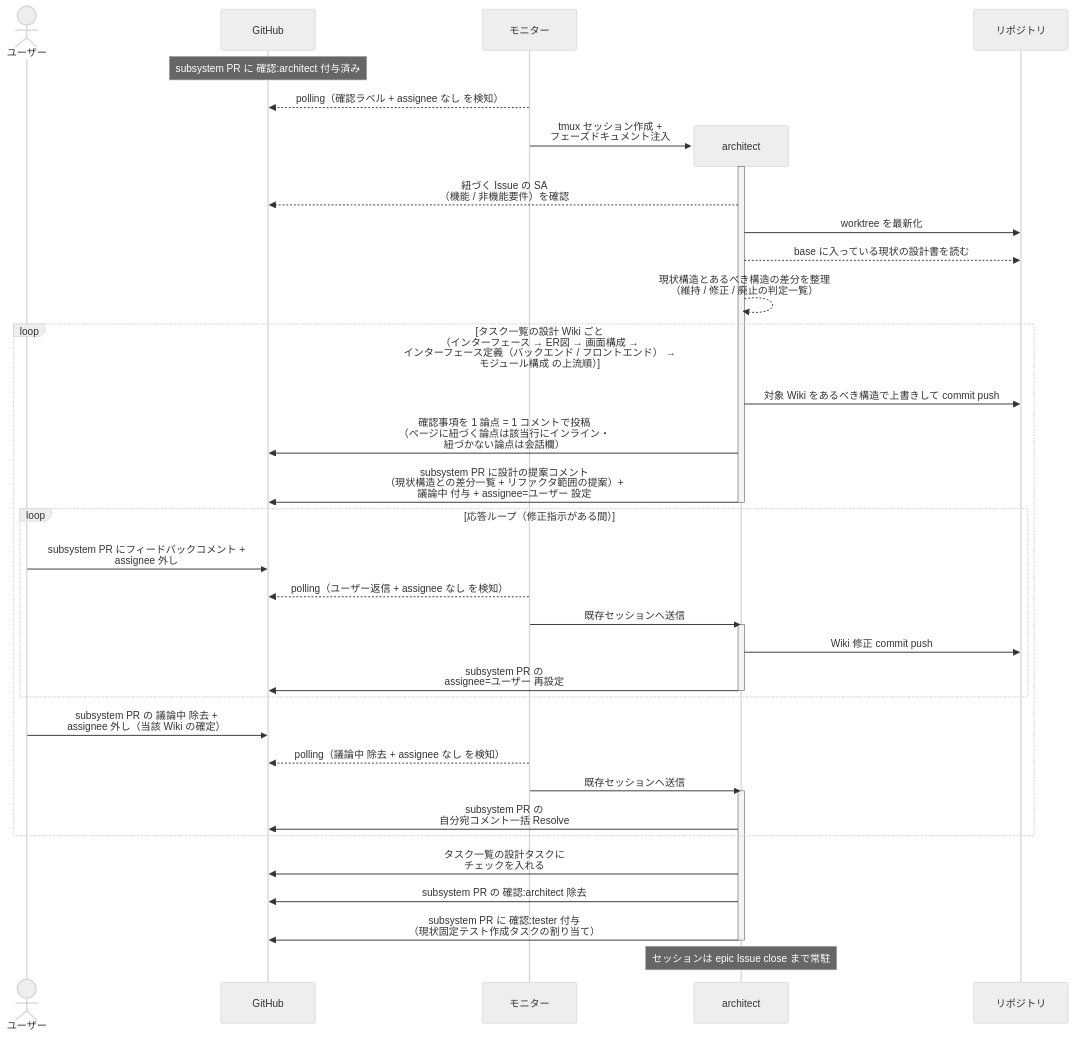
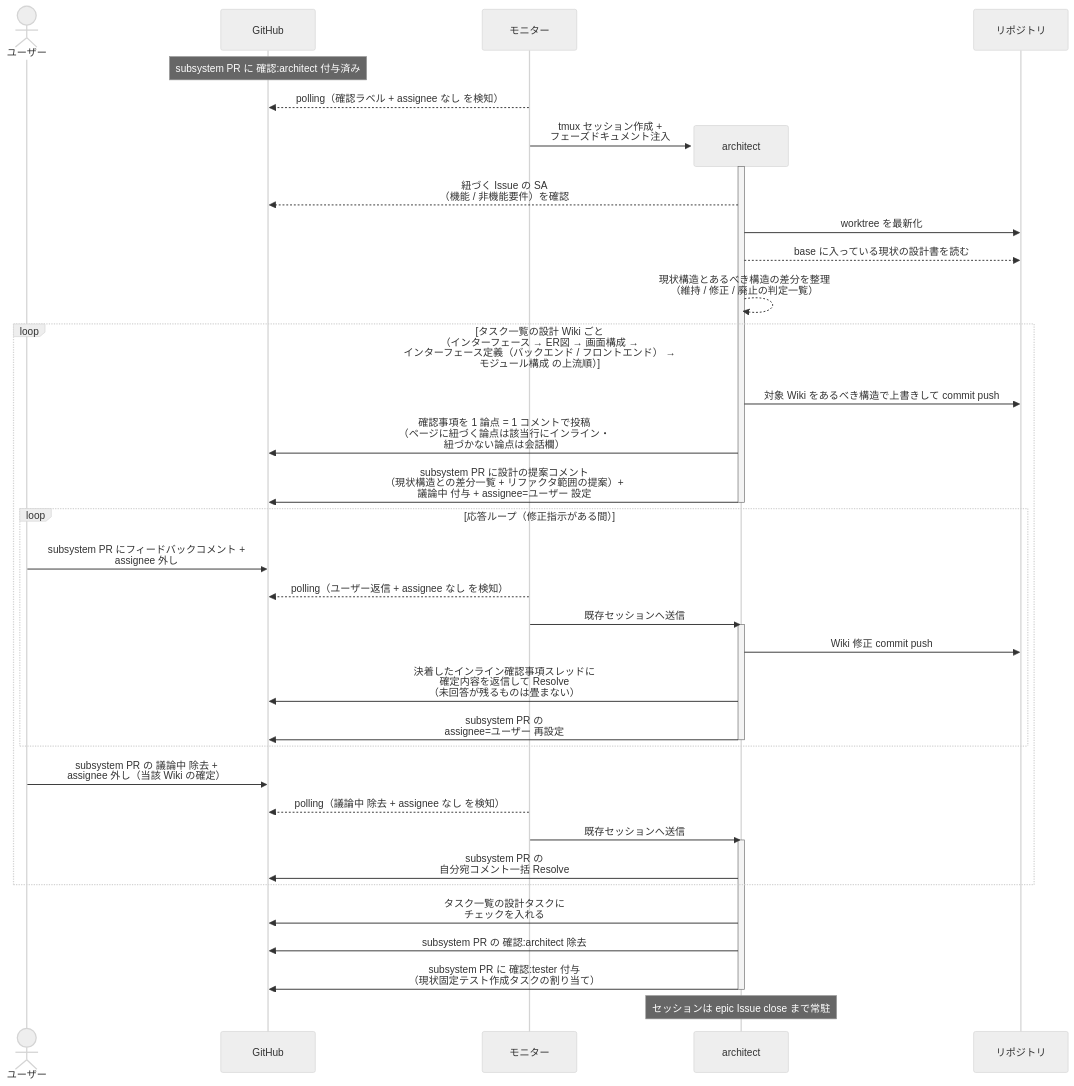
One commit to shuhei1101/ai-monitor changed the seventh of 7 diagrams in docs/wiki/設計図/シナリオ/単一ユースケース/SS設計.md. Above: the diagram before and after it, drawn with Mermaid (neutral theme). The commit also changed other lines of this file and 15 other files, not shown here.

````diff
--- a/docs/wiki/設計図/シナリオ/単一ユースケース/SS設計.md
+++ b/docs/wiki/設計図/シナリオ/単一ユースケース/SS設計.md
@@ -324,46 +327,47 @@
 ```mermaid
 sequenceDiagram
   actor U as ユーザー
   participant GH as GitHub
   participant ORC as モニター
 
   Note over GH: subsystem PR に 確認:architect 付与済み
   ORC-->>GH: polling（確認ラベル + assignee なし を検知）
   create participant MON as architect
   ORC->>MON: tmux セッション作成 +<br>フェーズドキュメント注入
   participant REPO as リポジトリ
   activate MON
   MON-->>GH: 紐づく Issue の SA<br>（機能 / 非機能要件）を確認
   MON->>REPO: worktree を最新化
   MON-->>REPO: base に入っている現状の設計書を読む
   MON-->>MON: 現状構造とあるべき構造の差分を整理<br>（維持 / 修正 / 廃止の判定一覧）
 
   loop タスク一覧の設計 Wiki ごと<br>（インターフェース → ER図 → 画面構成 →<br>インターフェース定義（バックエンド / フロントエンド） →<br>モジュール構成 の上流順）
     MON->>REPO: 対象 Wiki をあるべき構造で上書きして commit push
     MON->>GH: 確認事項を 1 論点 = 1 コメントで投稿<br>（ページに紐づく論点は該当行にインライン・<br>紐づかない論点は会話欄）
     MON->>GH: subsystem PR に設計の提案コメント<br>（現状構造との差分一覧 + リファクタ範囲の提案）+<br>議論中 付与 + assignee=ユーザー 設定
     deactivate MON
 
     loop 応答ループ（修正指示がある間）
       U->>GH: subsystem PR にフィードバックコメント +<br>assignee 外し
       ORC-->>GH: polling（ユーザー返信 + assignee なし を検知）
       ORC->>MON: 既存セッションへ送信
       activate MON
       MON->>REPO: Wiki 修正 commit push
-      MON->>GH: subsystem PR の<br>assignee=ユーザー 再設定
+      MON->>GH: 決着したインライン確認事項スレッドに<br>確定内容を返信して Resolve<br>（未回答が残るものは畳まない）
+    MON->>GH: subsystem PR の<br>assignee=ユーザー 再設定
       deactivate MON
     end
 
     U->>GH: subsystem PR の 議論中 除去 +<br>assignee 外し（当該 Wiki の確定）
     ORC-->>GH: polling（議論中 除去 + assignee なし を検知）
     ORC->>MON: 既存セッションへ送信
     activate MON
     MON->>GH: subsystem PR の<br>自分宛コメント一括 Resolve
   end
 
   MON->>GH: タスク一覧の設計タスクに<br>チェックを入れる
   MON->>GH: subsystem PR の 確認:architect 除去
   MON->>GH: subsystem PR に 確認:tester 付与<br>（現状固定テスト作成タスクの割り当て）
   deactivate MON
   Note over MON: セッションは epic Issue close まで常駐
 ```
````
